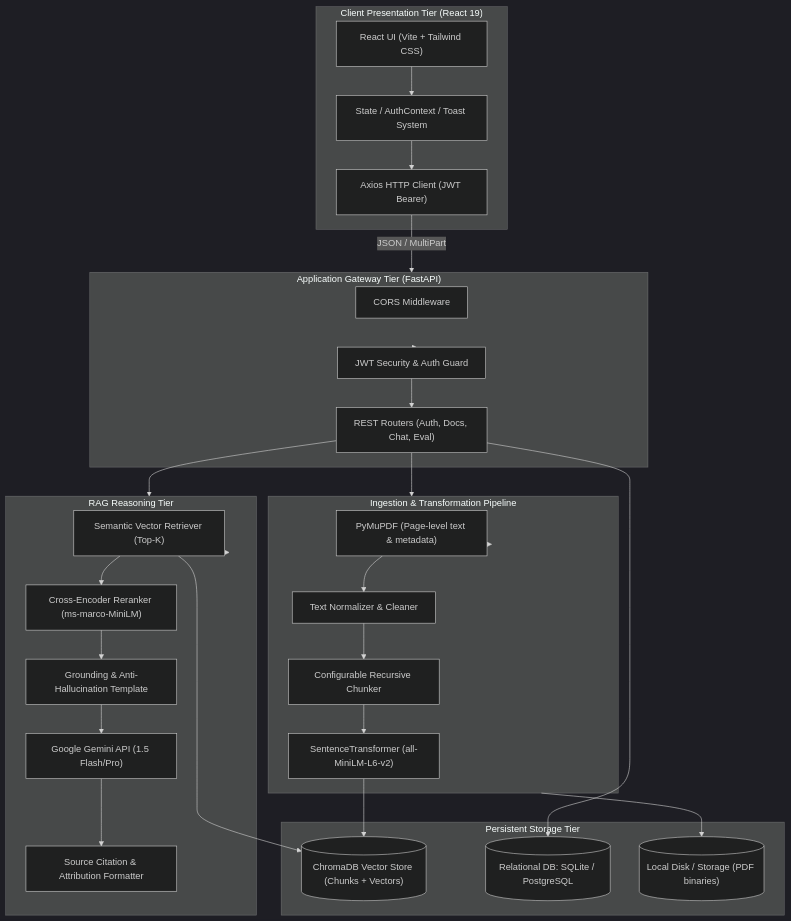
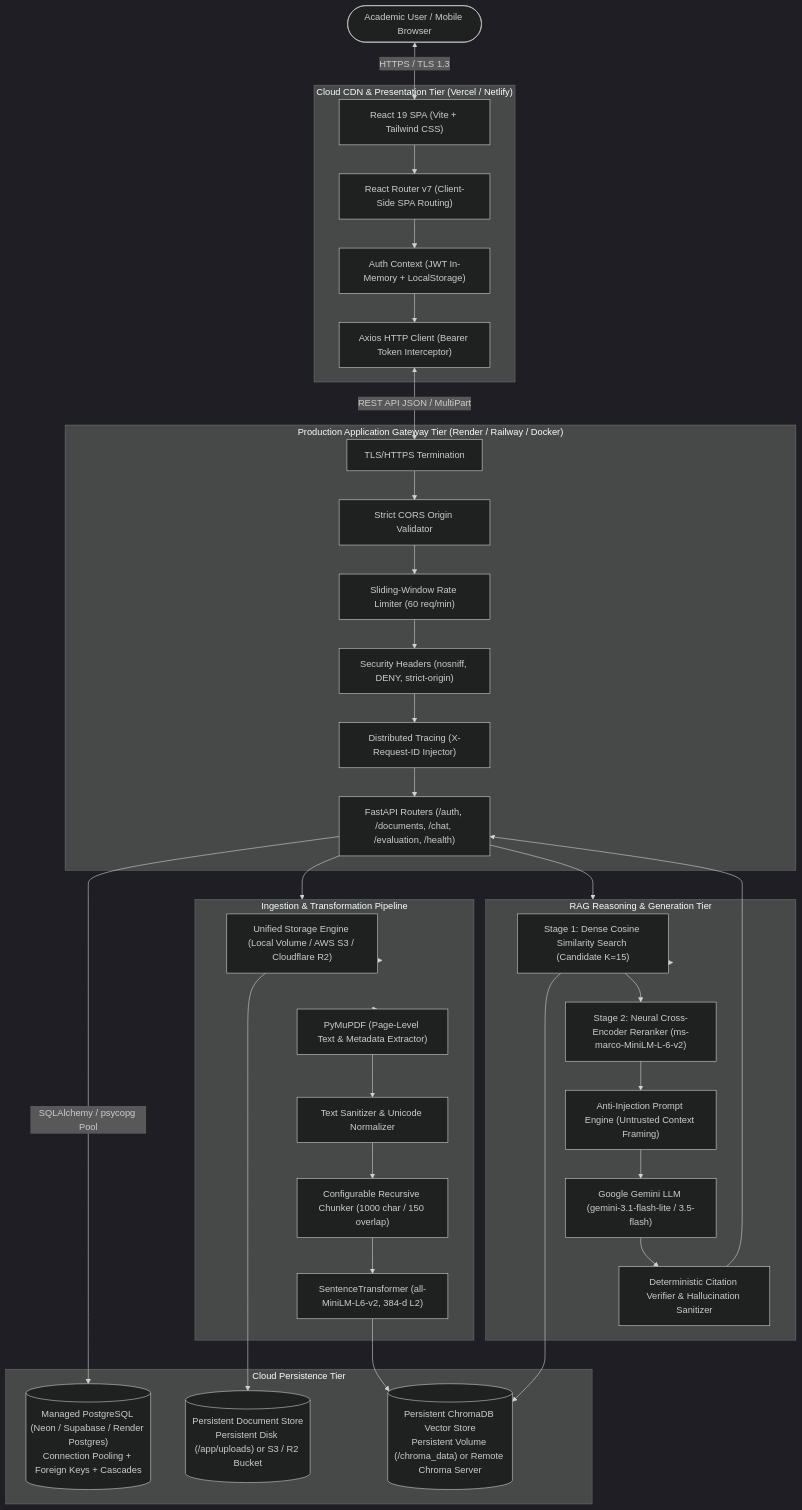
The diagram in docs/architecture.md (nagarajchittapur18-dev/RAG-Document-Intelligence), drawn with Mermaid (dark theme) before and after one commit. The commit also changed other lines of this file and 25 other files, not shown here.

Commit message:
feat(deployment): implement Phase 15 production cloud deployment, PostgreSQL multi-dialect support, S3/R2 storage, remote ChromaDB, and deployment documentation

````diff
--- a/docs/architecture.md
+++ b/docs/architecture.md
@@ -6,46 +7,56 @@
 ```mermaid
 flowchart TB
-    subgraph Client ["Client Presentation Tier (React 19)"]
-        UI["React UI (Vite + Tailwind CSS)"]
-        State["State / AuthContext / Toast System"]
-        AxiosClient["Axios HTTP Client (JWT Bearer)"]
+    User([Academic User / Mobile Browser])
+    
+    subgraph Edge ["Cloud CDN & Presentation Tier (Vercel / Netlify)"]
+        SPA["React 19 SPA (Vite + Tailwind CSS)"]
+        Router["React Router v7 (Client-Side SPA Routing)"]
+        AuthContext["Auth Context (JWT In-Memory + LocalStorage)"]
+        AxiosClient["Axios HTTP Client (Bearer Token Interceptor)"]
     end
 
-    subgraph Gateway ["Application Gateway Tier (FastAPI)"]
-        CORS["CORS Middleware"]
-        Security["JWT Security & Auth Guard"]
-        Routers["REST Routers (Auth, Docs, Chat, Eval)"]
+    subgraph CloudGateway ["Production Application Gateway Tier (Render / Railway / Docker)"]
+        HTTPS["TLS/HTTPS Termination"]
+        CORS["Strict CORS Origin Validator"]
+        RateLimiter["Sliding-Window Rate Limiter (60 req/min)"]
+        SecHeaders["Security Headers (nosniff, DENY, strict-origin)"]
+        TraceID["Distributed Tracing (X-Request-ID Injector)"]
+        Routers["FastAPI Routers (/auth, /documents, /chat, /evaluation, /health)"]
     end
 
-    subgraph Ingestion ["Ingestion & Transformation Pipeline"]
-        PDFParser["PyMuPDF (Page-level text & metadata)"]
-        Normalizer["Text Normalizer & Cleaner"]
-        ChunkEngine["Configurable Recursive Chunker"]
-        EmbedEngine["SentenceTransformer (all-MiniLM-L6-v2)"]
+    subgraph ComputePipeline ["Ingestion & Transformation Pipeline"]
+        StorageEngine["Unified Storage Engine (Local Volume / AWS S3 / Cloudflare R2)"]
+        PyMuPDF["PyMuPDF (Page-Level Text & Metadata Extractor)"]
+        Sanitizer["Text Sanitizer & Unicode Normalizer"]
+        Chunker["Configurable Recursive Chunker (1000 char / 150 overlap)"]
+        DenseEmbed["SentenceTransformer (all-MiniLM-L6-v2, 384-d L2)"]
     end
 
-    subgraph Storage ["Persistent Storage Tier"]
-        ChromaStore[("ChromaDB Vector Store (Chunks + Vectors)")]
-        SQLDB[("Relational DB: SQLite / PostgreSQL")]
-        FileStore[("Local Disk / Storage (PDF binaries)")]
+    subgraph StorageTier ["Cloud Persistence Tier"]
+        PostgresDB[("Managed PostgreSQL (Neon / Supabase / Render Postgres)\nConnection Pooling + Foreign Keys + Cascades")]
+        ChromaStore[("Persistent ChromaDB Vector Store\nPersistent Volume (/chroma_data) or Remote Chroma Server")]
+        ObjectStore[("Persistent Document Store\nPersistent Disk (/app/uploads) or S3 / R2 Bucket")]
     end
 
-    subgraph Inference ["RAG Reasoning Tier"]
-        Retriever["Semantic Vector Retriever (Top-K)"]
-        Reranker["Cross-Encoder Reranker (ms-marco-MiniLM)"]
-        PromptEngine["Grounding & Anti-Hallucination Template"]
-        LLM["Google Gemini API (1.5 Flash/Pro)"]
-        CitationEngine["Source Citation & Attribution Formatter"]
+    subgraph InferenceEngine ["RAG Reasoning & Generation Tier"]
+        VectorSearch["Stage 1: Dense Cosine Similarity Search (Candidate K=15)"]
+        CrossEncoder["Stage 2: Neural Cross-Encoder Reranker (ms-marco-MiniLM-L-6-v2)"]
+        GroundingEngine["Anti-Injection Prompt Engine (Untrusted Context Framing)"]
+        GeminiAPI["Google Gemini LLM (gemini-3.1-flash-lite / 3.5-flash)"]
+        CitationEngine["Deterministic Citation Verifier & Hallucination Sanitizer"]
     end
 
-    UI --> State --> AxiosClient
-    AxiosClient -->|JSON / MultiPart| Gateway
-    Gateway --> Security --> Routers
-    Routers --> SQLDB
-    Routers --> Ingestion
-    Ingestion --> FileStore
-    Ingestion --> PDFParser --> Normalizer --> ChunkEngine --> EmbedEngine --> ChromaStore
-    Routers --> Inference
-    Inference --> Retriever --> ChromaStore
-    Retriever --> Reranker --> PromptEngine --> LLM --> CitationEngine
+    User <-->|HTTPS / TLS 1.3| SPA
+    SPA --> Router --> AuthContext --> AxiosClient
+    AxiosClient <-->|REST API JSON / MultiPart| HTTPS
+    HTTPS --> CORS --> RateLimiter --> SecHeaders --> TraceID --> Routers
+    
+    Routers -->|SQLAlchemy / psycopg Pool| PostgresDB
+    Routers --> ComputePipeline
+    ComputePipeline --> StorageEngine --> ObjectStore
+    ComputePipeline --> PyMuPDF --> Sanitizer --> Chunker --> DenseEmbed --> ChromaStore
+    
+    Routers --> InferenceEngine
+    InferenceEngine --> VectorSearch --> ChromaStore
+    VectorSearch --> CrossEncoder --> GroundingEngine --> GeminiAPI --> CitationEngine --> Routers
 ```
````
